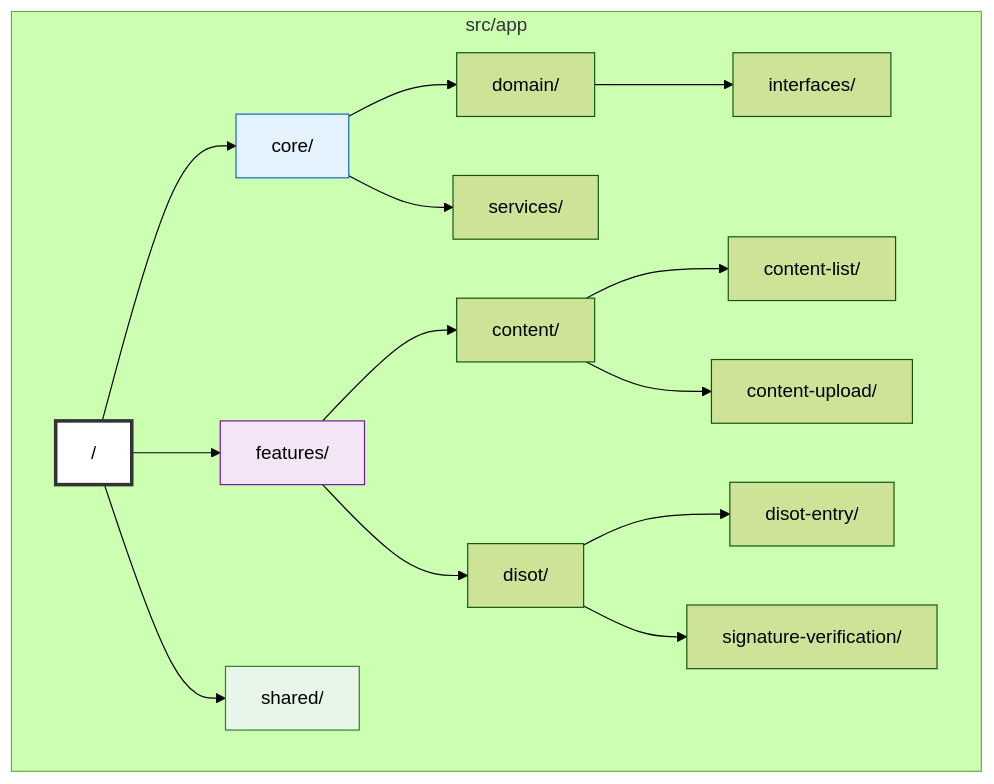
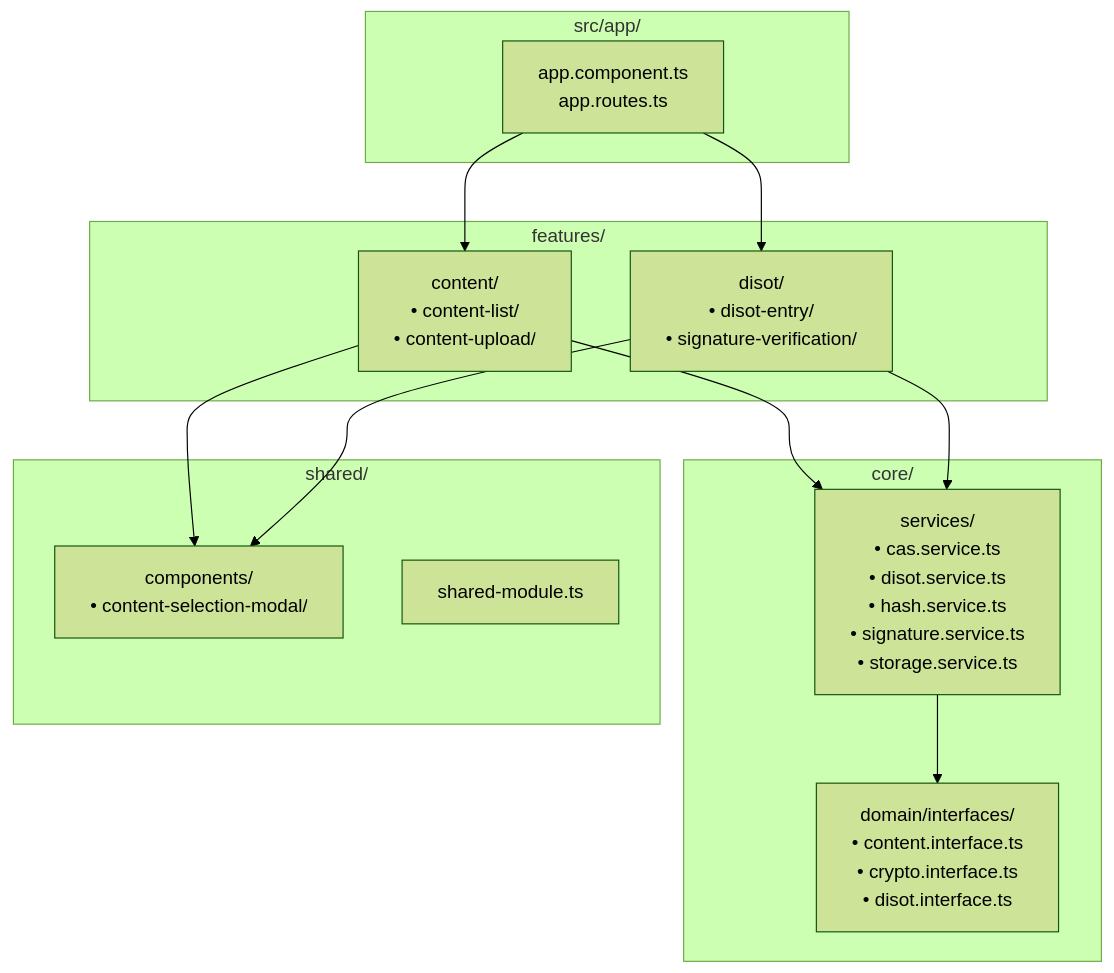
One commit to o2alexanderfedin/angular-cas-disot changed the fourth of 9 diagrams in docs/architecture/system-architecture.md. Above: the diagram before and after it, drawn with Mermaid (forest theme). The commit also changed other lines of this file and 18 other files, not shown here.

````diff
--- a/docs/architecture/system-architecture.md
+++ b/docs/architecture/system-architecture.md
@@ -180,29 +130,29 @@
 ```mermaid
 graph TD
-    subgraph "src/app"
-        ROOT["/"]
-        
-        ROOT --> CORE[core/]
-        ROOT --> FEATURES[features/]
-        ROOT --> SHARED[shared/]
-        
-        CORE --> DOMAIN[domain/]
-        CORE --> SERVICES[services/]
-        
-        DOMAIN --> INTF[interfaces/]
-        
-        FEATURES --> CONTENT[content/]
-        FEATURES --> DISOT[disot/]
-        
-        CONTENT --> C_LIST[content-list/]
-        CONTENT --> C_UPLOAD[content-upload/]
-        
-        DISOT --> D_ENTRY[disot-entry/]
-        DISOT --> D_VERIFY[signature-verification/]
+    subgraph "src/app/"
+        APP[app.component.ts<br/>app.routes.ts]
     end
     
-    style ROOT fill:#fff,stroke:#333,stroke-width:3px
-    style CORE fill:#e3f2fd,stroke:#1565c0
-    style FEATURES fill:#f3e5f5,stroke:#6a1b9a
-    style SHARED fill:#e8f5e9,stroke:#2e7d32
+    subgraph "core/"
+        DOMAIN[domain/interfaces/<br/>• content.interface.ts<br/>• crypto.interface.ts<br/>• disot.interface.ts]
+        SERVICES[services/<br/>• cas.service.ts<br/>• disot.service.ts<br/>• hash.service.ts<br/>• signature.service.ts<br/>• storage.service.ts]
+    end
+    
+    subgraph "features/"
+        CONTENT[content/<br/>• content-list/<br/>• content-upload/]
+        DISOT[disot/<br/>• disot-entry/<br/>• signature-verification/]
+    end
+    
+    subgraph "shared/"
+        SHARED[components/<br/>• content-selection-modal/]
+        MODULE[shared-module.ts]
+    end
+    
+    APP --> CONTENT
+    APP --> DISOT
+    CONTENT --> SERVICES
+    DISOT --> SERVICES
+    SERVICES --> DOMAIN
+    CONTENT --> SHARED
+    DISOT --> SHARED
 ```
````
